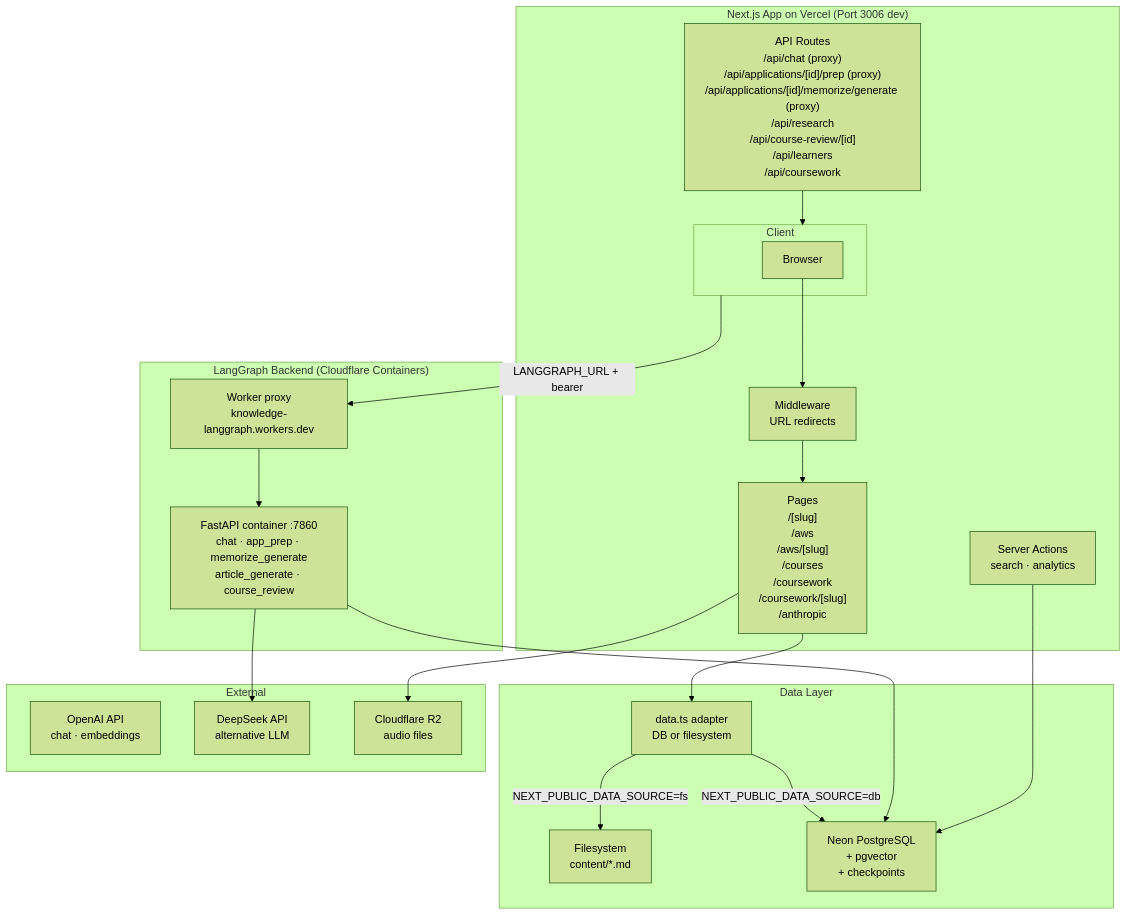
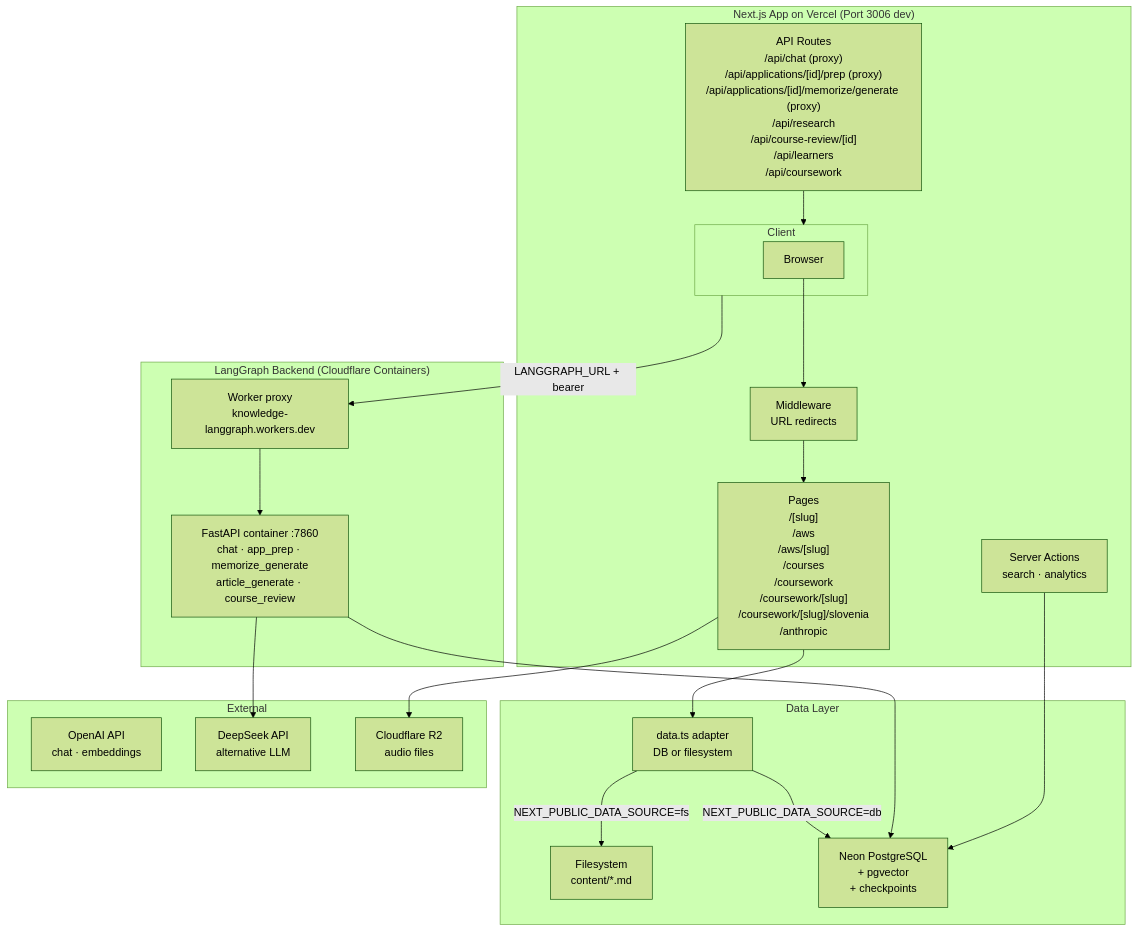
The first of 8 diagrams in apps/knowledge/README.md (v9ai/ai-apps), drawn with Mermaid (forest theme) before and after one commit. The commit also changed other lines of this file and 2 other files, not shown here.

Commit message:
(knowledge): Live at https://agentic-knowledge.vercel.app/coursework/bogdan/slovenia.
**What's on the page:**
- Header card: Bogdan Nicolai, Clasa Aventurierilor — clasa I, Școala ERI Brașov, parents Vadim & Elena
- Event title: 🇸🇮 Ziua Europei — Slovenia, with date/time/price badges
- Amber callout: RSVP deadline (29 Apr) + setup at 13:30
- **Echipa Slovenia** card highlighted: Bogdan (marked "copilul nostru"), Iunia Tuca, Iustin Tuca, Elina Pantelimon
- RSVP confirmed list (children + parents)
- "De pregătit" — 5-step checklist for the Slovenia stand + 6 stand ideas
- Full event description (condensed Romanian)
- All 12 country teams listed with the Slovenia row highlighted in teal
- Source attribution to Luiza Oprea's portal comment

The route is `/coursework/[slug]/slovenia`, so any learner slug works — the static content is Slovenia-specific to Bogdan's team. Back link returns to `/coursework/bogdan`.

````diff
--- a/apps/knowledge/README.md
+++ b/apps/knowledge/README.md
@@ -18,44 +18,44 @@
 ```mermaid
 graph TD
     subgraph Client
         Browser["Browser"]
     end
 
     subgraph Next.js["Next.js App on Vercel (Port 3006 dev)"]
-        Pages["Pages\n/[slug]\n/aws\n/aws/[slug]\n/courses\n/coursework\n/coursework/[slug]\n/anthropic"]
+        Pages["Pages\n/[slug]\n/aws\n/aws/[slug]\n/courses\n/coursework\n/coursework/[slug]\n/coursework/[slug]/slovenia\n/anthropic"]
         API["API Routes\n/api/chat (proxy)\n/api/applications/[id]/prep (proxy)\n/api/applications/[id]/memorize/generate (proxy)\n/api/research\n/api/course-review/[id]\n/api/learners\n/api/coursework"]
         Client["src/lib/langgraph-client.ts\nPOST /runs/wait"]
         SA["Server Actions\nsearch · analytics"]
         MW["Middleware\nURL redirects"]
     end
 
     subgraph LangGraph["LangGraph Backend (Cloudflare Containers)"]
         Worker["Worker proxy\nknowledge-langgraph.workers.dev"]
         Container["FastAPI container :7860\nchat · app_prep · memorize_generate\narticle_generate · course_review"]
     end
 
     subgraph Data["Data Layer"]
         Adapter["data.ts adapter\nDB or filesystem"]
         FS["Filesystem\ncontent/*.md"]
         DB["Neon PostgreSQL\n+ pgvector\n+ checkpoints"]
     end
 
     subgraph External
         OpenAI["OpenAI API\nchat · embeddings"]
         DeepSeek["DeepSeek API\nalternative LLM"]
         R2["Cloudflare R2\naudio files"]
     end
 
     Browser --> MW
     MW --> Pages
     Pages --> Adapter
     SA --> DB
     API --> Client
     Client -->|LANGGRAPH_URL + bearer| Worker
     Worker --> Container
     Container --> DeepSeek
     Container --> DB
     Adapter -->|NEXT_PUBLIC_DATA_SOURCE=db| DB
     Adapter -->|NEXT_PUBLIC_DATA_SOURCE=fs| FS
     Pages --> R2
 ```
````
